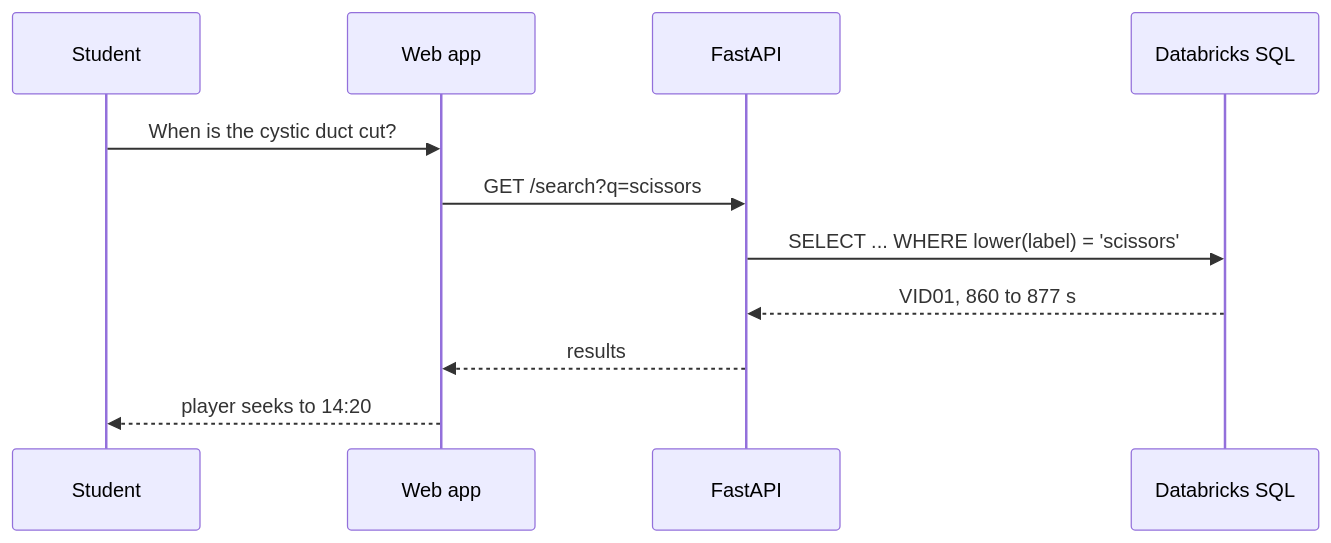
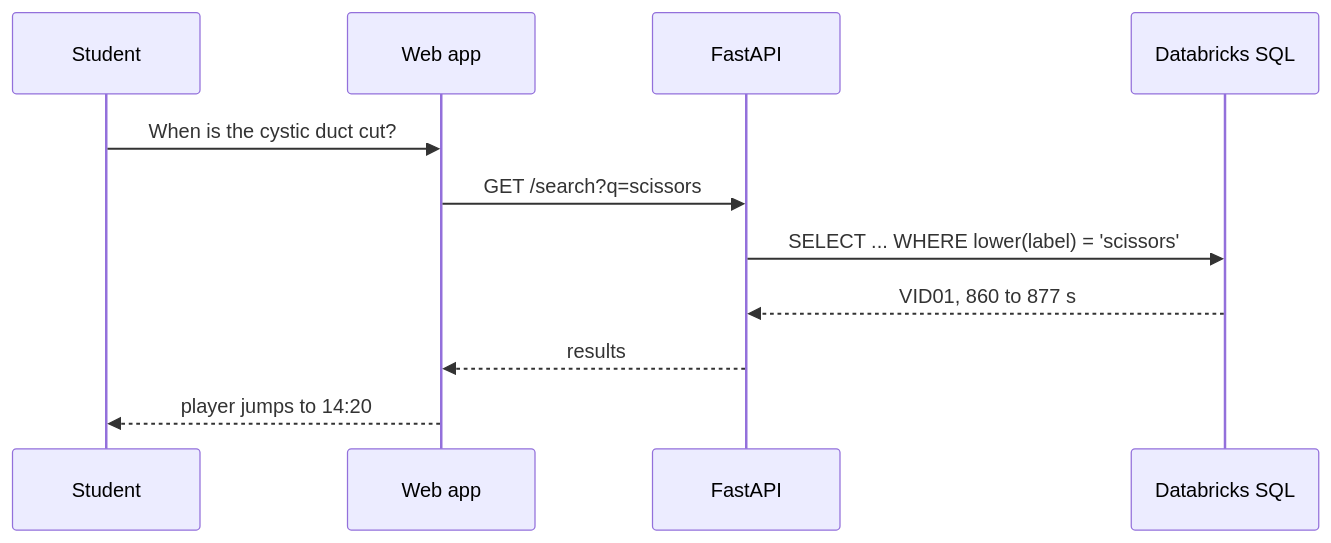
The second of 2 diagrams in README.md (shlokrj/surg-f), drawn with Mermaid before and after one commit. The commit also changed other lines of this file, not shown here.

````diff
--- a/README.md
+++ b/README.md
@@ -68,13 +68,13 @@
 ```mermaid
 sequenceDiagram
   participant U as Student
   participant W as Web app
   participant A as FastAPI
   participant D as Databricks SQL
   U->>W: When is the cystic duct cut?
   W->>A: GET /search?q=scissors
   A->>D: SELECT ... WHERE lower(label) = 'scissors'
   D-->>A: VID01, 860 to 877 s
   A-->>W: results
-  W-->>U: player seeks to 14:20
+  W-->>U: player jumps to 14:20
 ```
````
